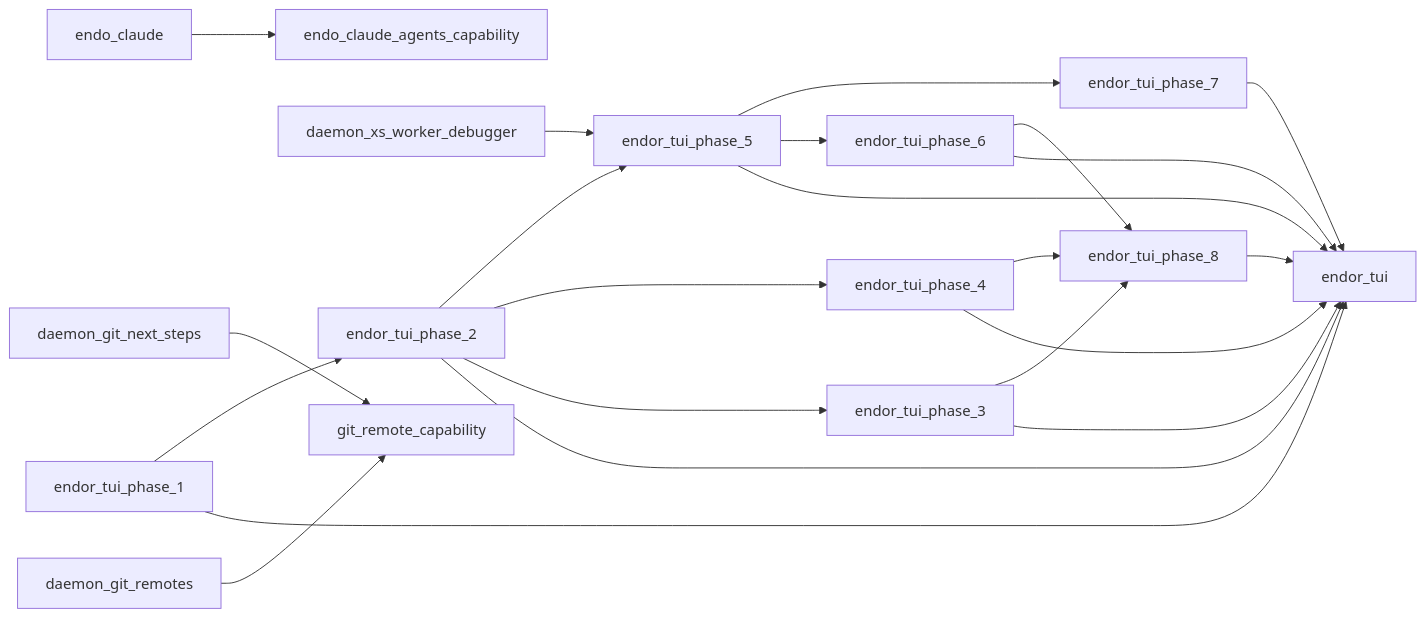
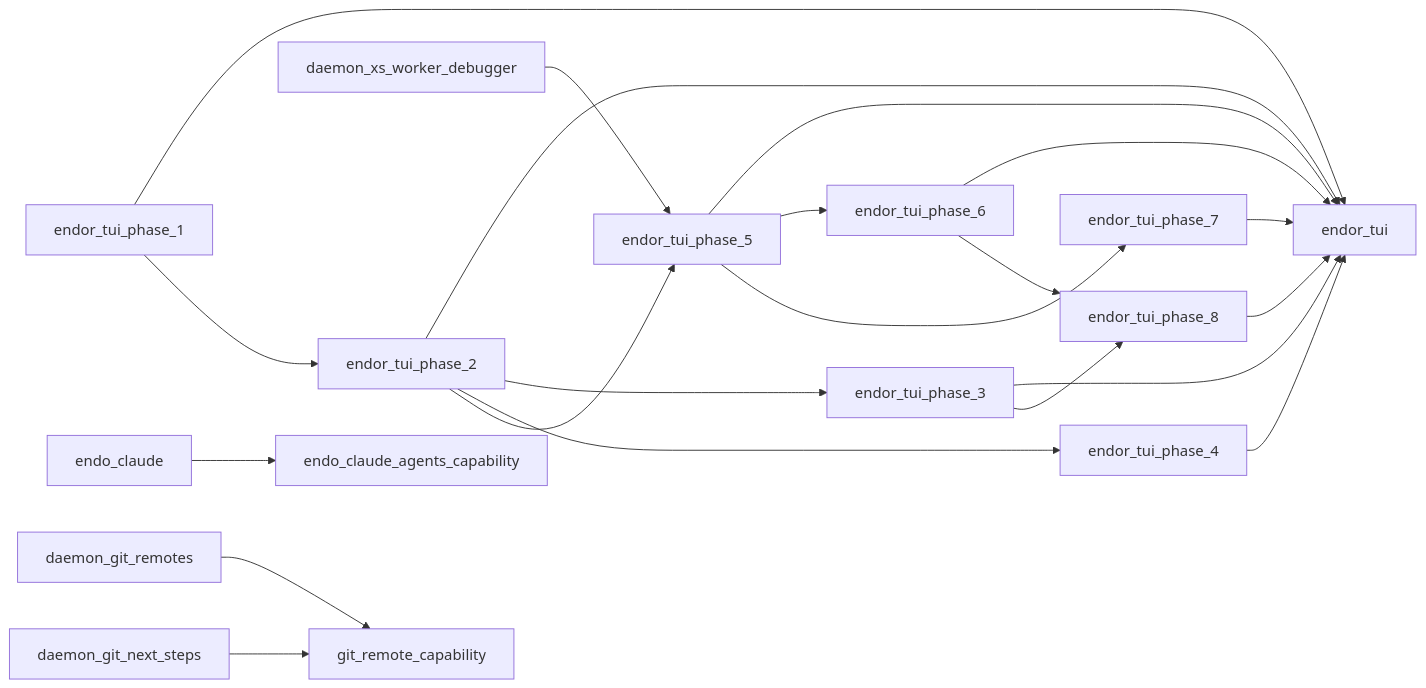
One commit to kriscendobot/garden changed the diagram in plan/README.md. Above: the diagram before and after it, drawn with Mermaid.

Commit message:
plan: re-render roadmap view from records

````diff
--- a/plan/README.md
+++ b/plan/README.md
@@ -194,24 +194,23 @@
 ```mermaid
 flowchart LR
   endor_tui_phase_1 --> endor_tui
   endor_tui_phase_2 --> endor_tui
   endor_tui_phase_3 --> endor_tui
   endor_tui_phase_4 --> endor_tui
   endor_tui_phase_5 --> endor_tui
   endor_tui_phase_6 --> endor_tui
   endor_tui_phase_7 --> endor_tui
   endor_tui_phase_8 --> endor_tui
   endor_tui_phase_1 --> endor_tui_phase_2
   endor_tui_phase_2 --> endor_tui_phase_3
   endor_tui_phase_2 --> endor_tui_phase_4
   endor_tui_phase_2 --> endor_tui_phase_5
   daemon_xs_worker_debugger --> endor_tui_phase_5
   endor_tui_phase_5 --> endor_tui_phase_6
   endor_tui_phase_5 --> endor_tui_phase_7
   endor_tui_phase_3 --> endor_tui_phase_8
-  endor_tui_phase_4 --> endor_tui_phase_8
   endor_tui_phase_6 --> endor_tui_phase_8
   endo_claude --> endo_claude_agents_capability
   daemon_git_remotes --> git_remote_capability
   daemon_git_next_steps --> git_remote_capability
 ```
````
